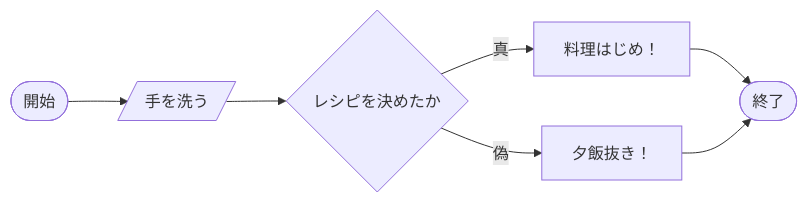
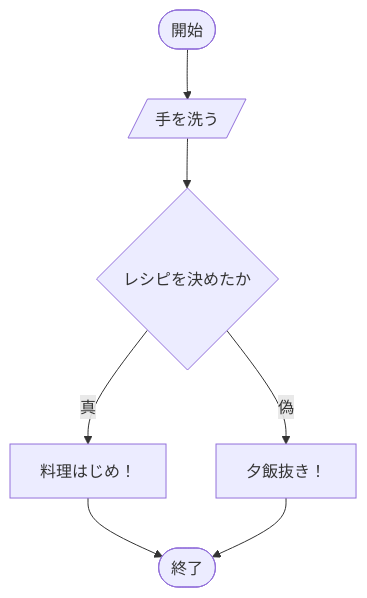
Before and after one commit to tpu-game-2023/mermaid_test: the first of 3 diagrams in README.md, drawn with Mermaid.

Commit message:
修正

````diff
--- a/README.md
+++ b/README.md
@@ -20,10 +20,10 @@
 ```mermaid
-flowchart LR;
+flowchart TD;
   A([開始]) --> B[/手を洗う/];
   B --> C{レシピを決めたか};
   C -- 真 --> D[料理はじめ！];
   C -- 偽 --> E[夕飯抜き！];
   D --> F([終了]);
   E --> F([終了]); 
 
 ```
````
